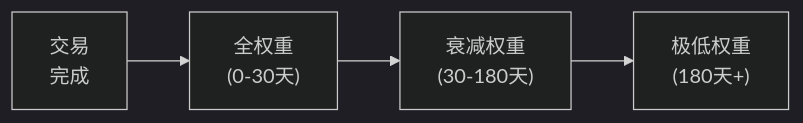
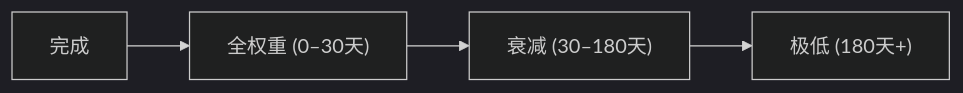
Before and after one commit to claw-network/clawnet: the diagram in packages/docs/content/docs/getting-started/core-concepts/reputation.zh.md, drawn with Mermaid (dark theme). The commit also changed 14 other files, not shown here.

First line of the commit message:
Refactor diagrams and improve clarity in DAO, Identity, Markets, Reputation, Service Contracts, and Wallet documentation

````diff
--- a/packages/docs/content/docs/getting-started/core-concepts/reputation.zh.md
+++ b/packages/docs/content/docs/getting-started/core-concepts/reputation.zh.md
@@ -67,6 +67,6 @@
 ```mermaid
 flowchart LR
-    A["交易\n完成"] --> B["全权重\n(0-30天)"]
-    B --> C["衰减权重\n(30-180天)"]
-    C --> D["极低权重\n(180天+)"]
+    A[完成] --> B["全权重 (0–30天)"]
+    B --> C["衰减 (30–180天)"]
+    C --> D["极低 (180天+)"]
 ```
````
